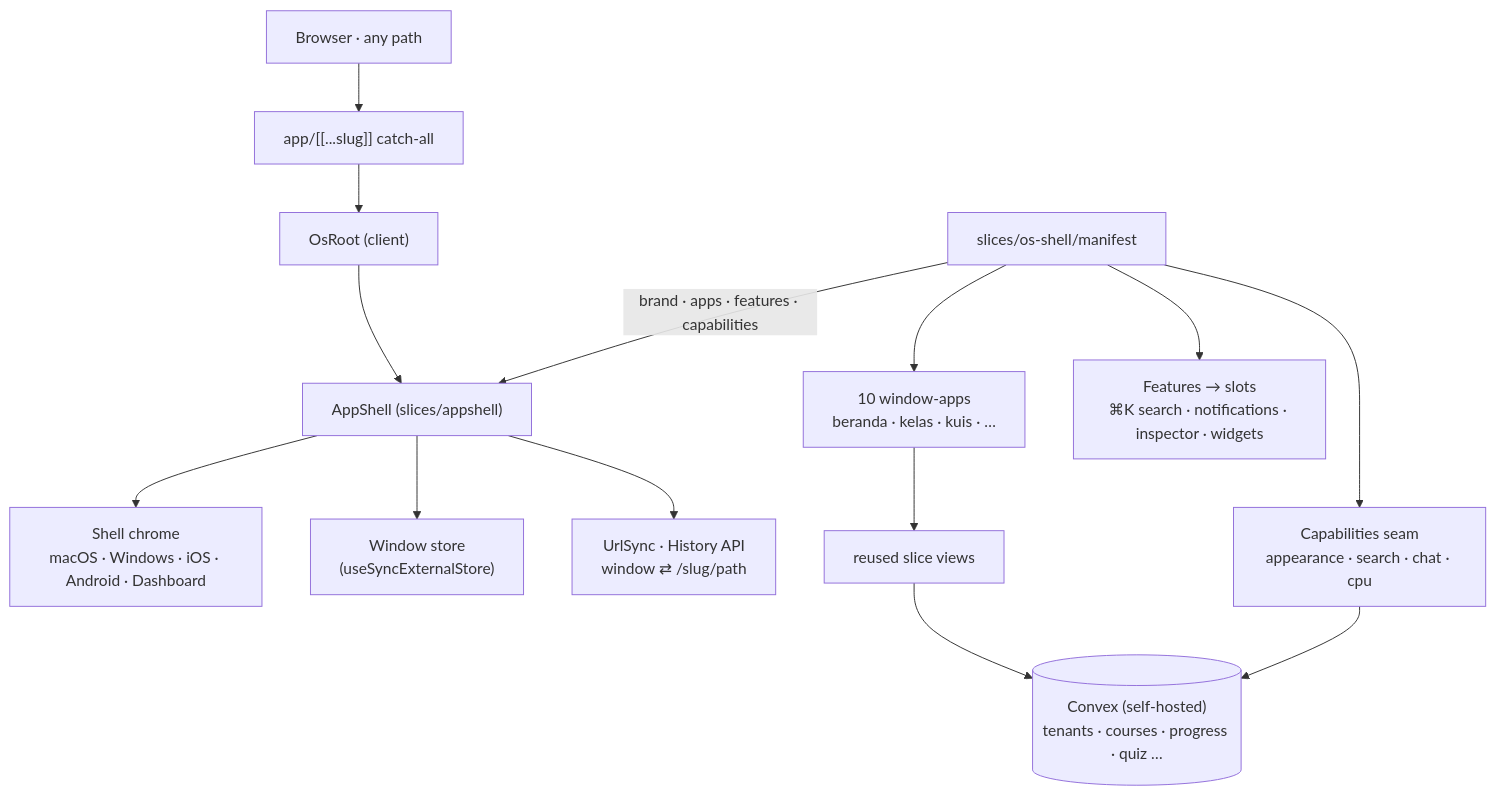
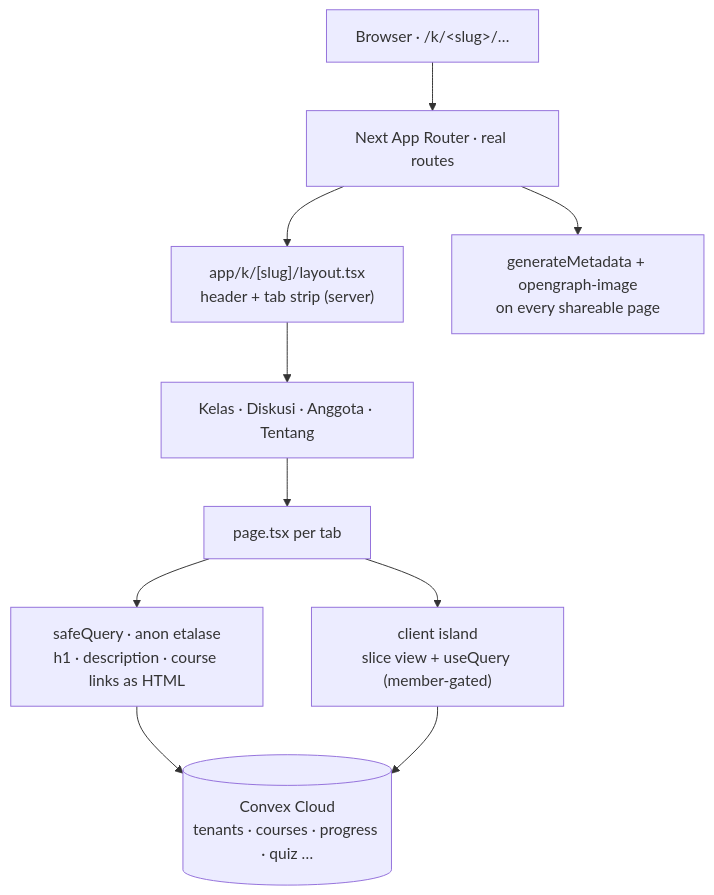
The diagram in README.md (rahmanef63/study-with-rahmanef-com), drawn with Mermaid before and after one commit. The commit also changed other lines of this file and 312 other files, not shown here.

First line of the commit message:
feat(fase-2/3)!: replace the OS desktop with real routes, delete 21k LOC of shell

````diff
--- a/README.md
+++ b/README.md
@@ -14,16 +14,12 @@
 ```mermaid
 flowchart TD
-  U["Browser · any path"] --> CA["app/[[...slug]] catch-all"]
-  CA --> OR["OsRoot (client)"]
-  OR --> AS["AppShell (slices/appshell)"]
-  MAN["slices/os-shell/manifest"] -->|brand · apps · features · capabilities| AS
-  AS --> SH["Shell chrome<br/>macOS · Windows · iOS · Android · Dashboard"]
-  AS --> WS["Window store<br/>(useSyncExternalStore)"]
-  AS --> URL["UrlSync · History API<br/>window ⇄ /slug/path"]
-  MAN --> APPS["10 window-apps<br/>beranda · kelas · kuis · …"]
-  MAN --> FEAT["Features → slots<br/>⌘K search · notifications · inspector · widgets"]
-  MAN --> CAP["Capabilities seam<br/>appearance · search · chat · cpu"]
-  APPS --> VIEWS["reused slice views"]
-  VIEWS --> CVX[("Convex (self-hosted)<br/>tenants · courses · progress · quiz …")]
-  CAP --> CVX
+  U["Browser · /k/&lt;slug&gt;/…"] --> RT["Next App Router · real routes"]
+  RT --> LAY["app/k/[slug]/layout.tsx<br/>header + tab strip (server)"]
+  LAY --> TABS["Kelas · Diskusi · Anggota · Tentang"]
+  TABS --> PG["page.tsx per tab"]
+  PG --> SRV["safeQuery · anon etalase<br/>h1 · description · course links as HTML"]
+  PG --> CLI["client island<br/>slice view + useQuery (member-gated)"]
+  RT --> META["generateMetadata + opengraph-image<br/>on every shareable page"]
+  SRV --> CVX[("Convex Cloud<br/>tenants · courses · progress · quiz …")]
+  CLI --> CVX
 ```
````
